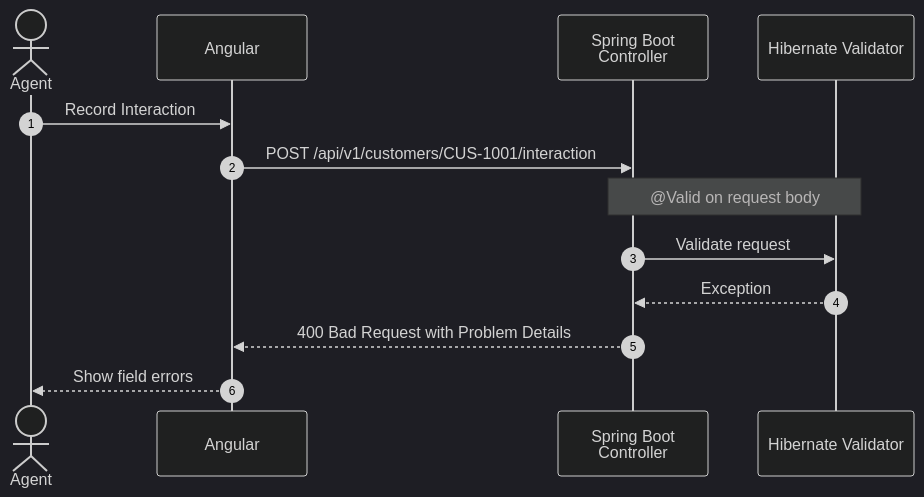
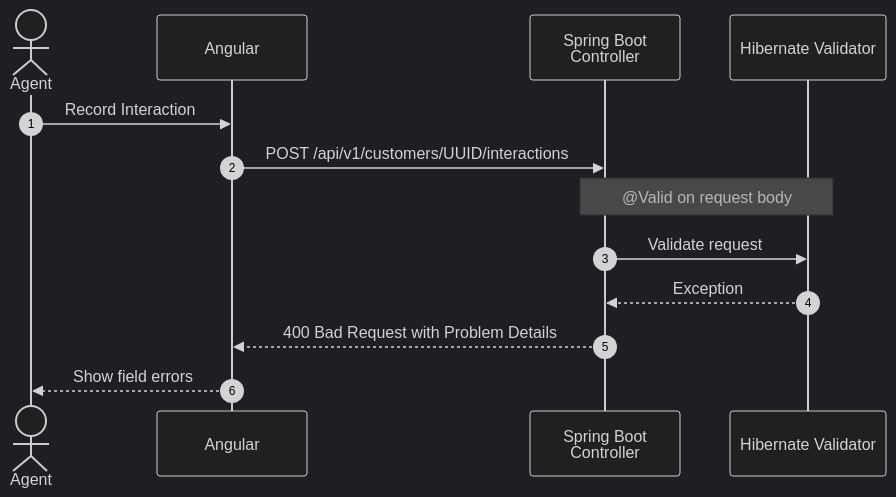
Before and after one commit to ezeKemm/2026-bootcamp-capstone: the second of 6 diagrams in docs/architecture/application-diagrams.md, drawn with Mermaid (dark theme). The commit also changed other lines of this file and 12 other files, not shown here.

````diff
--- a/docs/architecture/application-diagrams.md
+++ b/docs/architecture/application-diagrams.md
@@ -42,16 +42,16 @@
 ```mermaid
 sequenceDiagram
     actor User as Agent
     participant Client as Angular
     participant Controller as Spring Boot<br/>Controller
     participant Valid as Hibernate Validator
     autonumber
 
     User->>Client: Record Interaction
-    Client->>Controller: POST /api/v1/customers/CUS-1001/interaction
+    Client->>Controller: POST /api/v1/customers/UUID/interactions
     Note over Controller, Valid: @Valid on request body
     Controller->>Valid: Validate request
     Valid-->>Controller: Exception
     Controller -->> Client: 400 Bad Request with Problem Details
     Client-->>User: Show field errors
 ```
````
